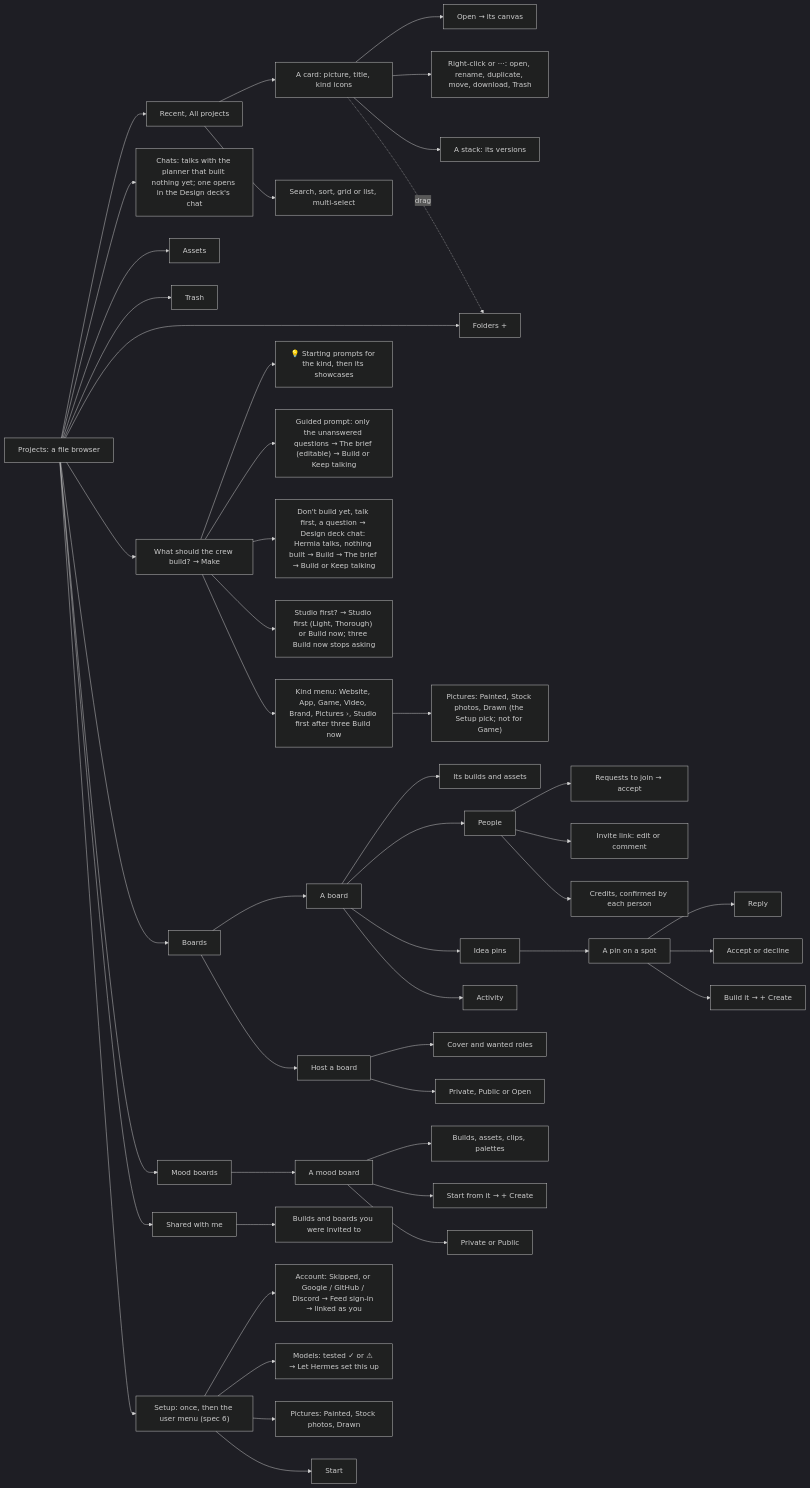
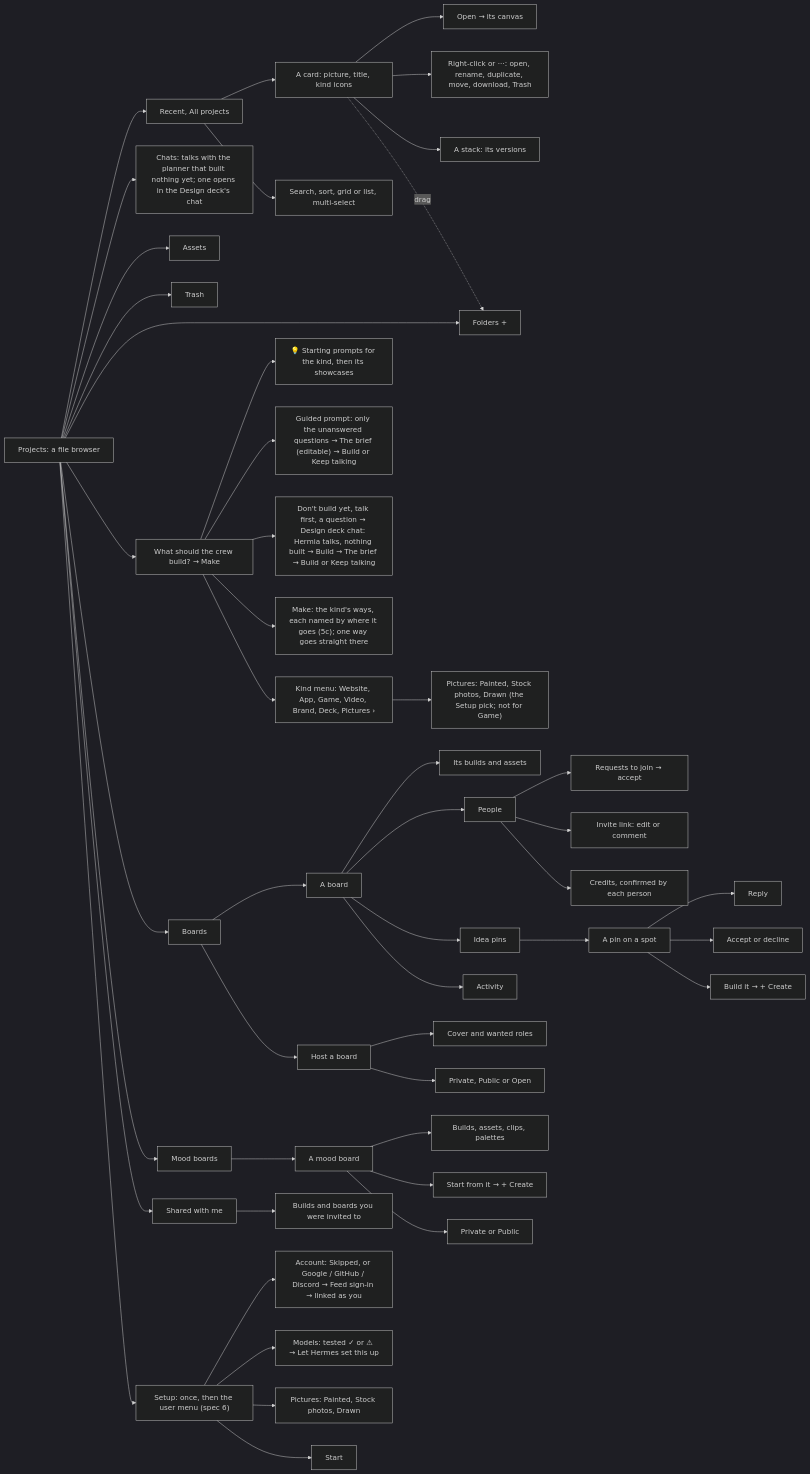
One commit to Pukujan/swarm-studio changed the eighth of 27 diagrams in docs/ux/SITEMAP.md. Above: the diagram before and after it, drawn with Mermaid (dark theme). The commit also changed other lines of this file and 8 other files, not shown here.

First line of the commit message:
Make menu: each kind lists only ways that go to different places

````diff
--- a/docs/ux/SITEMAP.md
+++ b/docs/ux/SITEMAP.md
@@ -212,49 +222,49 @@
 ```mermaid
 flowchart LR
   PROJ[Projects: a file browser] --> MB["Recent, All projects"]
   PROJ --> CH["Chats: talks with the planner that built nothing yet; one opens in the Design deck's chat"]
   PROJ --> AS[Assets]
   PROJ --> TR[Trash]
   PROJ --> FO["Folders +"]
   PROJ --> ASK["What should the crew build? → Make"]
   ASK --> SC["💡 Starting prompts for the kind, then its showcases"]
   ASK --> GR["Guided prompt: only the unanswered questions → The brief (editable) → Build or Keep talking"]
   ASK --> TK["Don't build yet, talk first, a question → Design deck chat: Hermia talks, nothing built → Build → The brief → Build or Keep talking"]
-  ASK --> TU["Studio first? → Studio first (Light, Thorough) or Build now; three Build now stops asking"]
-  ASK --> KM["Kind menu: Website, App, Game, Video, Brand, Pictures ›, Studio first after three Build now"]
+  ASK --> TU["Make: the kind's ways, each named by where it goes (5c); one way goes straight there"]
+  ASK --> KM["Kind menu: Website, App, Game, Video, Brand, Deck, Pictures ›"]
   KM --> KMP["Pictures: Painted, Stock photos, Drawn (the Setup pick; not for Game)"]
   PROJ --> BD[Boards]
   PROJ --> MO[Mood boards]
   PROJ --> SW[Shared with me]
   PROJ --> SU["Setup: once, then the user menu (spec 6)"]
   SU --> SU0["Account: Skipped, or Google / GitHub / Discord → Feed sign-in → linked as you"]
   SU --> SU1["Models: tested ✓ or ⚠ → Let Hermes set this up"]
   SU --> SU2["Pictures: Painted, Stock photos, Drawn"]
   SU --> SU3[Start]
   MB --> ST["A card: picture, title, kind icons"]
   MB --> MS["Search, sort, grid or list, multi-select"]
   ST --> ORB["Open → its canvas"]
   ST --> RM["Right-click or ⋯: open, rename, duplicate, move, download, Trash"]
   ST --> VS["A stack: its versions"]
   ST -.->|drag| FO
   BD --> BO[A board]
   BD --> BN[Host a board]
   BN --> BN1["Cover and wanted roles"]
   BN --> BN2["Private, Public or Open"]
   BO --> BW["Its builds and assets"]
   BO --> BP[People]
   BO --> BI[Idea pins]
   BO --> BA[Activity]
   BP --> BP1["Requests to join → accept"]
   BP --> BP2["Invite link: edit or comment"]
   BP --> BP3["Credits, confirmed by each person"]
   BI --> PIN[A pin on a spot]
   PIN --> PIN1[Reply]
   PIN --> PIN2[Accept or decline]
   PIN --> PIN3["Build it → + Create"]
   MO --> MOB[A mood board]
   MOB --> MOI["Builds, assets, clips, palettes"]
   MOB --> MOS["Start from it → + Create"]
   MOB --> MOV["Private or Public"]
   SW --> SWB["Builds and boards you were invited to"]
 ```
````
